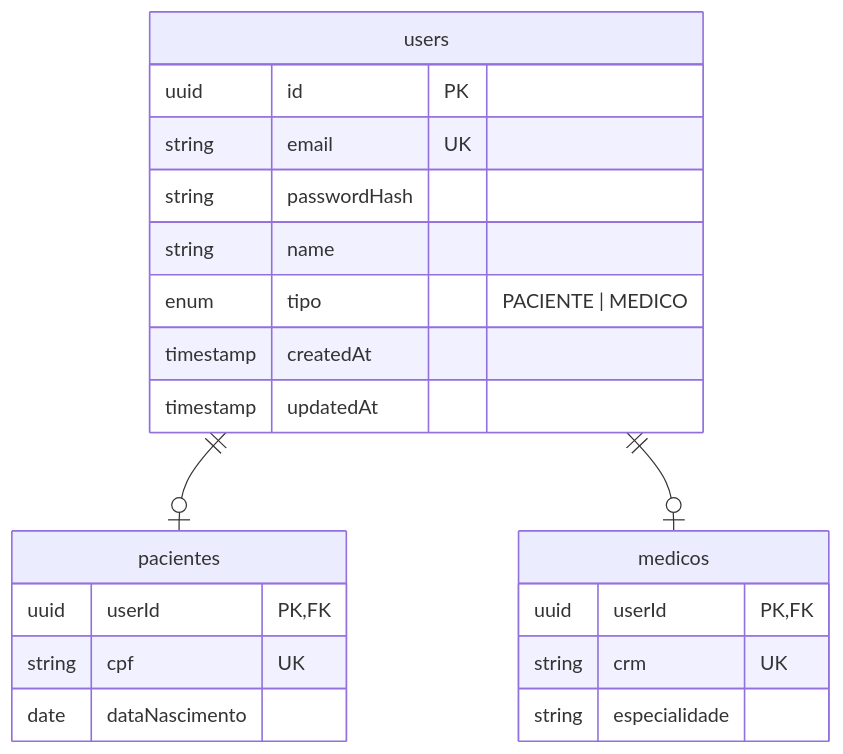
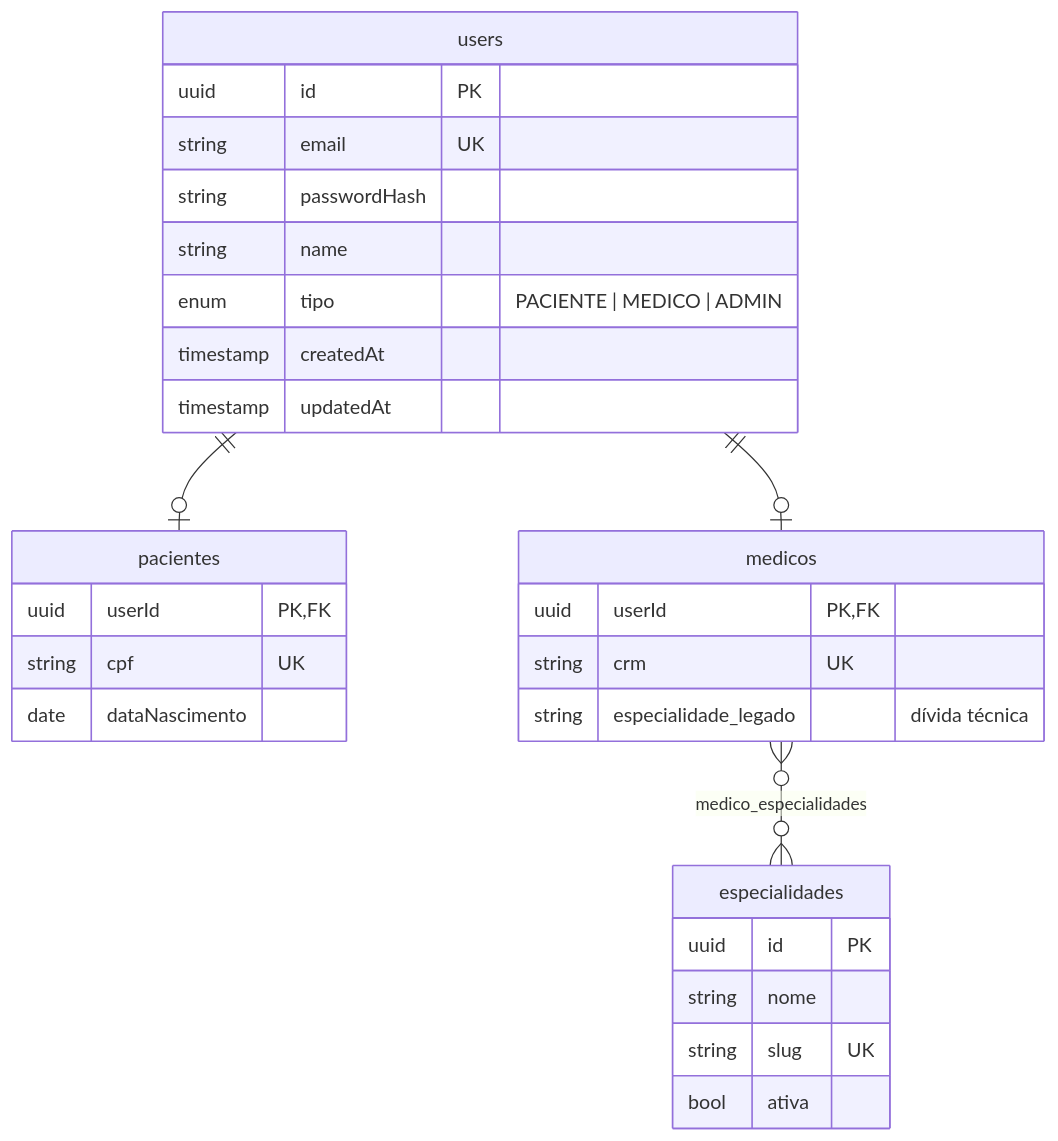
One commit to Diogo-Olivv/HealthTech changed the diagram in docs/projeto/modelagem_usuarios.md. Above: the diagram before and after it, drawn with Mermaid. The commit also changed other lines of this file and 1 other file, not shown here.

Commit message:
docs(projeto): ADMIN e enums

````diff
--- a/docs/projeto/modelagem_usuarios.md
+++ b/docs/projeto/modelagem_usuarios.md
@@ -51,27 +56,35 @@
 ```mermaid
 erDiagram
     users ||--o| pacientes : ""
     users ||--o| medicos : ""
+    medicos }o--o{ especialidades : "medico_especialidades"
 
     users {
         uuid id PK
         string email UK
         string passwordHash
         string name
-        enum tipo "PACIENTE | MEDICO"
+        enum tipo "PACIENTE | MEDICO | ADMIN"
         timestamp createdAt
         timestamp updatedAt
     }
 
     pacientes {
         uuid userId PK, FK
         string cpf UK
         date dataNascimento
     }
 
     medicos {
         uuid userId PK, FK
         string crm UK
-        string especialidade
+        string especialidade_legado "dívida técnica"
+    }
+
+    especialidades {
+        uuid id PK
+        string nome
+        string slug UK
+        bool ativa
     }
 ```
````
